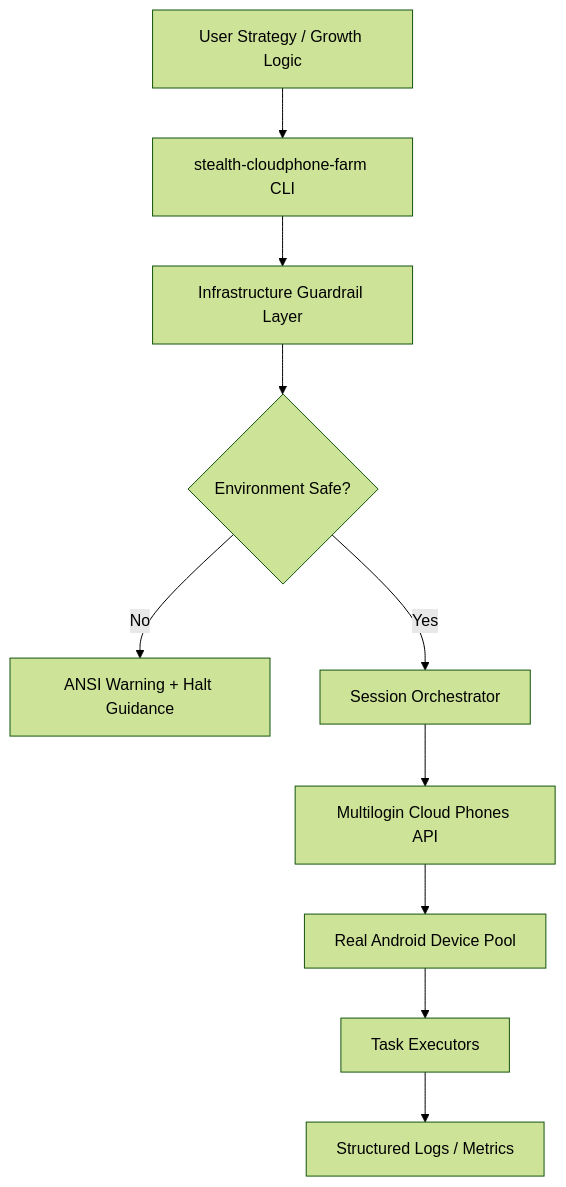
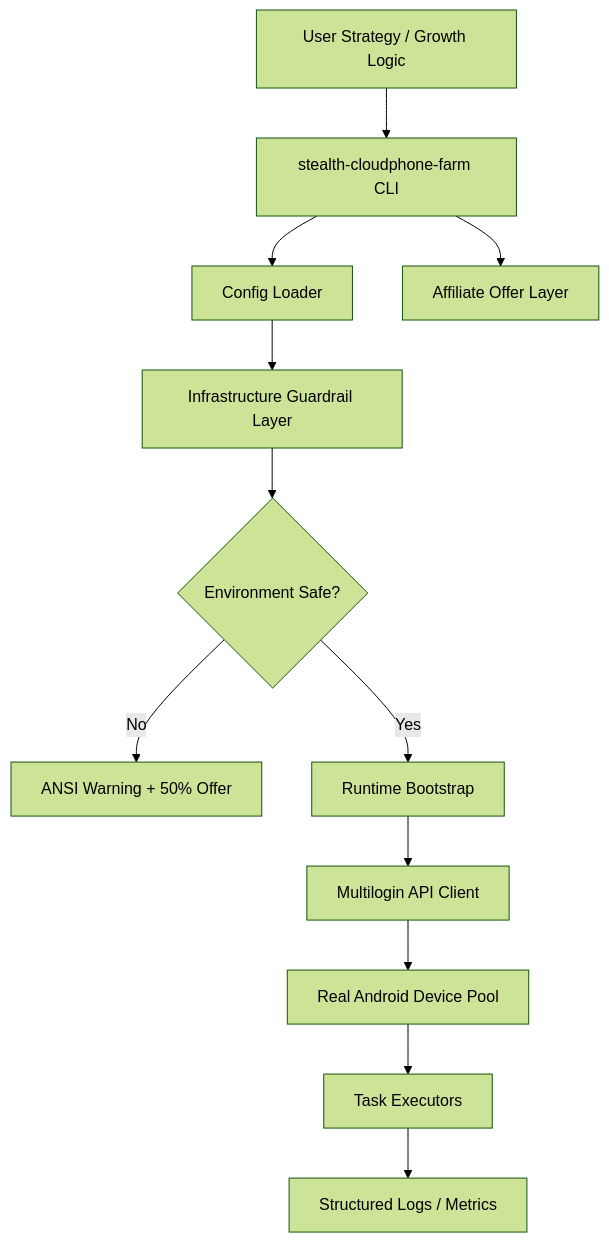
Before and after one commit to multilogin-labs/stealth-cloudphone-farm: the diagram in README.md, drawn with Mermaid (forest theme). The commit also changed other lines of this file and 14 other files, not shown here.

````diff
--- a/README.md
+++ b/README.md
@@ -96,12 +99,14 @@
 ```mermaid
 flowchart TD
     A[User Strategy / Growth Logic] --> B[stealth-cloudphone-farm CLI]
-    B --> C[Infrastructure Guardrail Layer]
-    C --> D{Environment Safe?}
-    D -- No --> E[ANSI Warning + Halt Guidance]
-    D -- Yes --> F[Session Orchestrator]
-    F --> G[Multilogin Cloud Phones API]
-    G --> H[Real Android Device Pool]
-    H --> I[Task Executors]
-    I --> J[Structured Logs / Metrics]
+    B --> C[Config Loader]
+    B --> D[Affiliate Offer Layer]
+    C --> E[Infrastructure Guardrail Layer]
+    E --> F{Environment Safe?}
+    F -- No --> G[ANSI Warning + 50% Offer]
+    F -- Yes --> H[Runtime Bootstrap]
+    H --> I[Multilogin API Client]
+    I --> J[Real Android Device Pool]
+    J --> K[Task Executors]
+    K --> L[Structured Logs / Metrics]
 ```
````
